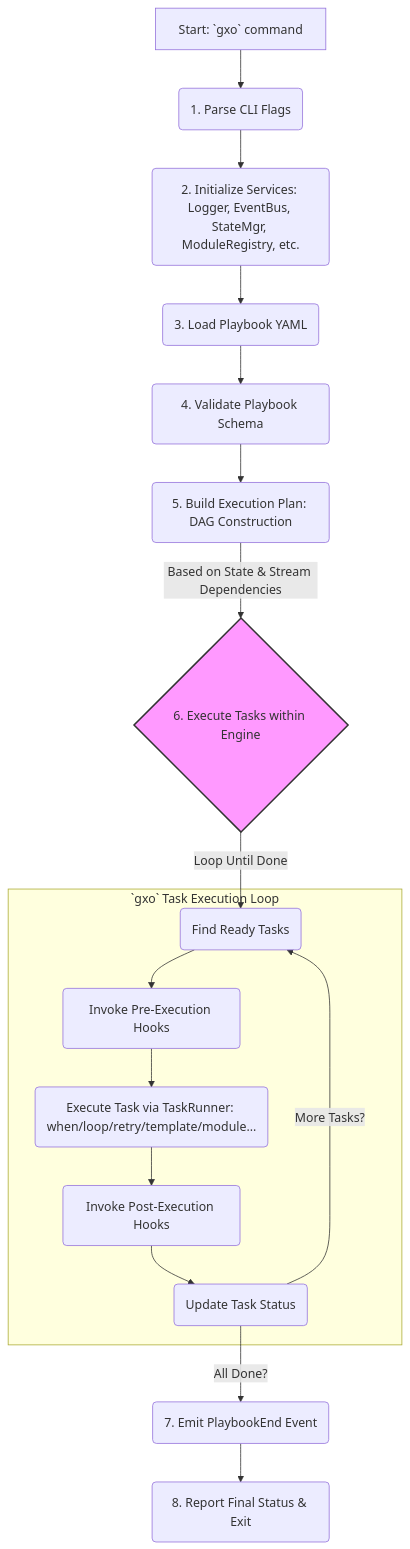
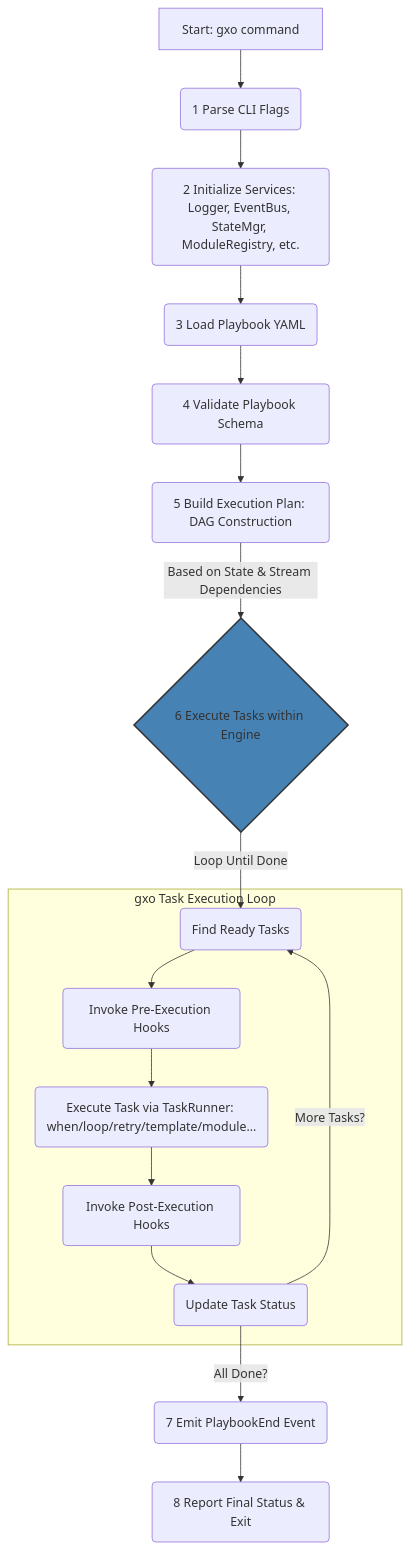
One commit to brian-c-moore/gxo changed the diagram in docs/architecture.md. Above: the diagram before and after it, drawn with Mermaid.

````diff
--- a/docs/architecture.md
+++ b/docs/architecture.md
@@ -117,23 +117,23 @@
 ```mermaid
 graph TD
-    A[Start: `gxo` command] --> B(1. Parse CLI Flags);
-    B --> C(2. Initialize Services: Logger, EventBus, StateMgr, ModuleRegistry, etc.);
-    C --> D(3. Load Playbook YAML);
-    D --> E(4. Validate Playbook Schema);
-    E --> F(5. Build Execution Plan: DAG Construction);
-    F -- Based on State & Stream Dependencies --> G{6. Execute Tasks within Engine};
+    A[Start: gxo command] --> B(1 Parse CLI Flags);
+    B --> C(2 Initialize Services: Logger, EventBus, StateMgr, ModuleRegistry, etc.);
+    C --> D(3 Load Playbook YAML);
+    D --> E(4 Validate Playbook Schema);
+    E --> F(5 Build Execution Plan: DAG Construction);
+    F -- Based on State & Stream Dependencies --> G{6 Execute Tasks within Engine};
     G -- Loop Until Done --> H(Find Ready Tasks);
     H --> I(Invoke Pre-Execution Hooks);
     I --> J(Execute Task via TaskRunner: when/loop/retry/template/module...);
     J --> K(Invoke Post-Execution Hooks);
     K --> L(Update Task Status);
     L -- More Tasks? --> H;
-    L -- All Done? --> M(7. Emit PlaybookEnd Event);
-    M --> N(8. Report Final Status & Exit);
+    L -- All Done? --> M(7 Emit PlaybookEnd Event);
+    M --> N(8 Report Final Status & Exit);
 
-    subgraph `gxo` Task Execution Loop
+    subgraph gxo Task Execution Loop
         H; I; J; K; L;
     end
 
-    style G fill:#f9f,stroke:#333,stroke-width:2px
+    style G fill:#4682b4,stroke:#333,stroke-width:2px
 ```
````
